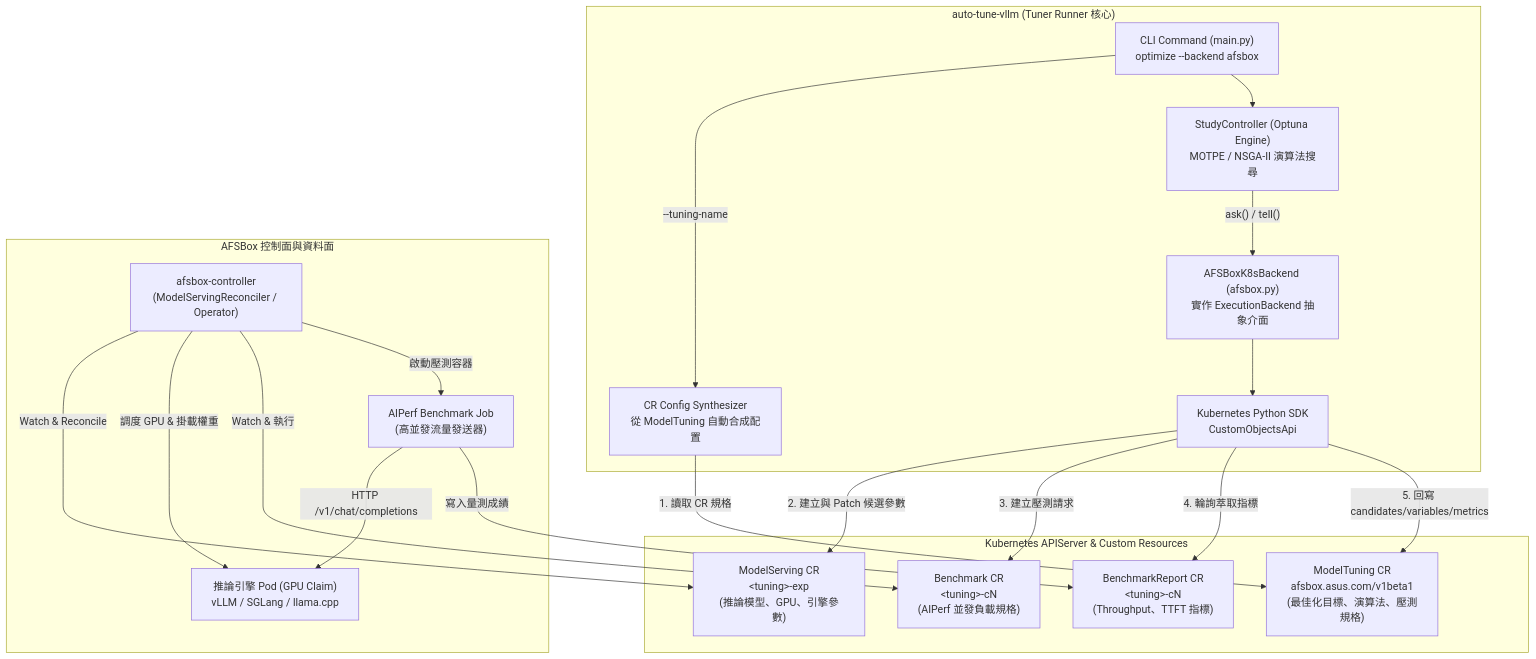
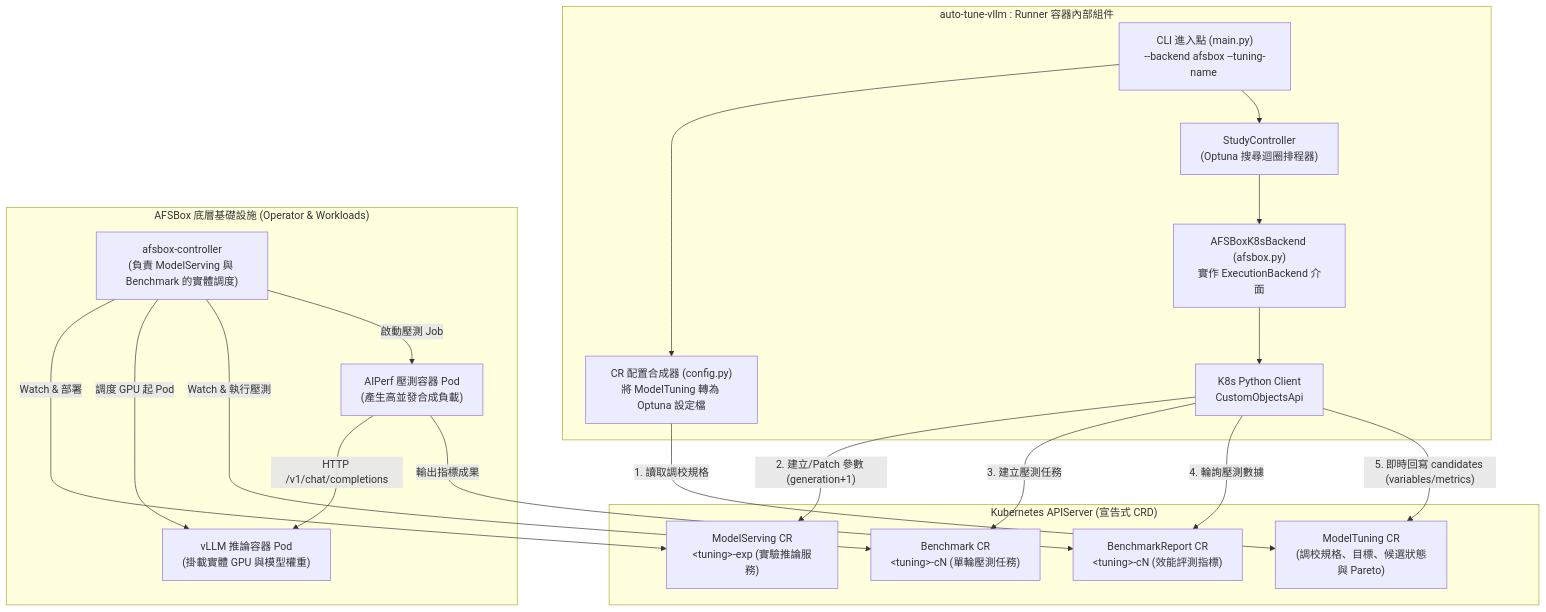
Before and after one commit to keyword1983/auto-tuning-vllm: the second of 4 diagrams in docs/afsbox_integration.md, drawn with Mermaid. The commit also changed other lines of this file, not shown here.

Commit message:
docs(diagrams): redesign architecture and sequence diagrams to reflect autonomous runner and clarify optuna-advisor project boundary

````diff
--- a/docs/afsbox_integration.md
+++ b/docs/afsbox_integration.md
@@ -26,40 +68,41 @@
 ```mermaid
 graph TB
-    subgraph Tuner["auto-tune-vllm (Tuner Runner 核心)"]
-        CLI["CLI Command (main.py)<br/>optimize --backend afsbox"]
-        Controller["StudyController (Optuna Engine)<br/>MOTPE / NSGA-II 演算法搜尋"]
-        Backend["AFSBoxK8sBackend (afsbox.py)<br/>實作 ExecutionBackend 抽象介面"]
-        Synthesizer["CR Config Synthesizer<br/>從 ModelTuning 自動合成配置"]
-        K8sClient["Kubernetes Python SDK<br/>CustomObjectsApi"]
+    subgraph TunerRunner["auto-tune-vllm : Runner 容器內部組件"]
+        CLI["CLI 進入點 (main.py)<br/>--backend afsbox --tuning-name <cr>"]
+        StudyCtrl["StudyController<br/>(Optuna 搜尋迴圈排程器)"]
+        Synthesizer["CR 配置合成器 (config.py)<br/>將 ModelTuning 轉為 Optuna 設定檔"]
+        Backend["AFSBoxK8sBackend (afsbox.py)<br/>實作 ExecutionBackend 介面"]
+        K8sClient["K8s Python Client<br/>CustomObjectsApi"]
     end
 
-    subgraph K8sAPI["Kubernetes APIServer & Custom Resources"]
-        CR_Tuning["ModelTuning CR<br/>afsbox.asus.com/v1beta1<br/>(最佳化目標、演算法、壓測規格)"]
-        CR_Serving["ModelServing CR<br/>&lt;tuning&gt;-exp<br/>(推論模型、GPU、引擎參數)"]
-        CR_Bench["Benchmark CR<br/>&lt;tuning&gt;-cN<br/>(AIPerf 並發負載規格)"]
-        CR_Report["BenchmarkReport CR<br/>&lt;tuning&gt;-cN<br/>(Throughput、TTFT 指標)"]
+    subgraph K8sAPI["Kubernetes APIServer (宣告式 CRD)"]
+        CR_Tuning["ModelTuning CR<br/>(調校規格、目標、候選狀態與 Pareto)"]
+        CR_Serving["ModelServing CR<br/>&lt;tuning&gt;-exp (實驗推論服務)"]
+        CR_Bench["Benchmark CR<br/>&lt;tuning&gt;-cN (單輪壓測任務)"]
+        CR_Report["BenchmarkReport CR<br/>&lt;tuning&gt;-cN (效能評測指標)"]
     end
 
-    subgraph AFSBoxInfra["AFSBox 控制面與資料面"]
-        AFS_Controller["afsbox-controller<br/>(ModelServingReconciler / Operator)"]
-        LLM_Pod["推論引擎 Pod (GPU Claim)<br/>vLLM / SGLang / llama.cpp"]
-        Bench_Job["AIPerf Benchmark Job<br/>(高並發流量發送器)"]
+    subgraph AFSBoxInfra["AFSBox 底層基礎設施 (Operator & Workloads)"]
+        AFS_Ctrl["afsbox-controller<br/>(負責 ModelServing 與 Benchmark 的實體調度)"]
+        ServingPod["vLLM 推論容器 Pod<br/>(掛載實體 GPU 與模型權重)"]
+        AIPerfPod["AIPerf 壓測容器 Pod<br/>(產生高並發合成負載)"]
     end
 
-    CLI -->|"--tuning-name"| Synthesizer
-    Synthesizer -->|"1. 讀取 CR 規格"| CR_Tuning
-    CLI --> Controller
-    Controller -->|"ask() / tell()"| Backend
+    CLI --> Synthesizer
+    Synthesizer -->|"1. 讀取調校規格"| CR_Tuning
+    CLI --> StudyCtrl
+    StudyCtrl --> Backend
     Backend --> K8sClient
-    K8sClient -->|"2. 建立與 Patch 候選參數"| CR_Serving
-    K8sClient -->|"3. 建立壓測請求"| CR_Bench
-    K8sClient -->|"4. 輪詢萃取指標"| CR_Report
-    K8sClient -->|"5. 回寫 candidates/variables/metrics"| CR_Tuning
 
-    AFS_Controller -->|"Watch & Reconcile"| CR_Serving
-    AFS_Controller -->|"調度 GPU & 掛載權重"| LLM_Pod
-    AFS_Controller -->|"Watch & 執行"| CR_Bench
-    AFS_Controller -->|"啟動壓測容器"| Bench_Job
-    Bench_Job -->|"HTTP /v1/chat/completions"| LLM_Pod
-    Bench_Job -->|"寫入量測成績"| CR_Report
+    K8sClient -->|"2. 建立/Patch 參數 (generation+1)"| CR_Serving
+    K8sClient -->|"3. 建立壓測任務"| CR_Bench
+    K8sClient -->|"4. 輪詢壓測數據"| CR_Report
+    K8sClient -->|"5. 即時回寫 candidates (variables/metrics)"| CR_Tuning
+
+    AFS_Ctrl -->|"Watch & 部署"| CR_Serving
+    AFS_Ctrl -->|"調度 GPU 起 Pod"| ServingPod
+    AFS_Ctrl -->|"Watch & 執行壓測"| CR_Bench
+    AFS_Ctrl -->|"啟動壓測 Job"| AIPerfPod
+    AIPerfPod -->|"HTTP /v1/chat/completions"| ServingPod
+    AIPerfPod -->|"輸出指標成果"| CR_Report
 ```
````
